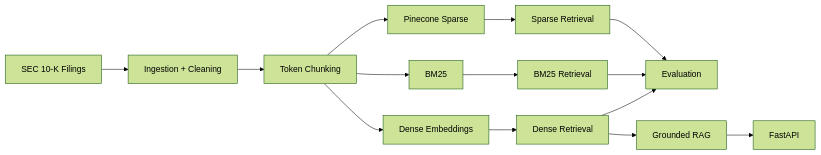
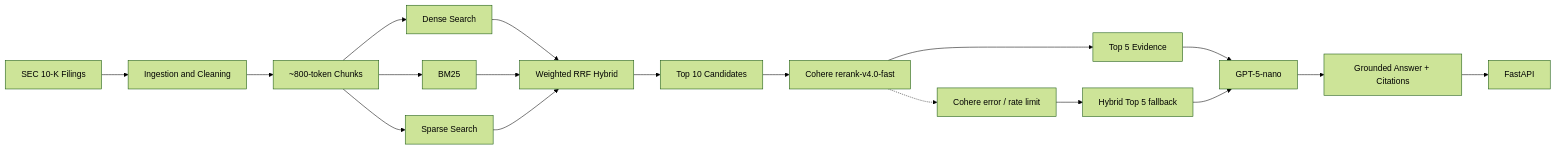
Before and after one commit to Rishi-creator-11/sec-rag-engine: the first of 2 diagrams in README.md, drawn with Mermaid (forest theme). The commit also changed other lines of this file and 18 other files, not shown here.

Commit message:
Finalize production-oriented SEC RAG pipeline

````diff
--- a/README.md
+++ b/README.md
@@ -7,20 +19,20 @@
 ```mermaid
 flowchart LR
-    A[SEC 10-K Filings] --> B[Ingestion + Cleaning]
-    B --> C[Token Chunking]
-
-    C --> D[Dense Embeddings]
+    A[SEC 10-K Filings] --> B[Ingestion and Cleaning]
+    B --> C["~800-token Chunks"]
+    C --> D[Dense Search]
     C --> E[BM25]
-    C --> F[Pinecone Sparse]
-
-    D --> G[Dense Retrieval]
-    E --> H[BM25 Retrieval]
-    F --> I[Sparse Retrieval]
-
-    G --> J[Evaluation]
-    H --> J
-    I --> J
-
-    G --> K[Grounded RAG]
-    K --> L[FastAPI]
+    C --> F[Sparse Search]
+    D --> G[Weighted RRF Hybrid]
+    E --> G
+    F --> G
+    G --> H[Top 10 Candidates]
+    H --> I[Cohere rerank-v4.0-fast]
+    I --> J[Top 5 Evidence]
+    J --> K[GPT-5-nano]
+    K --> L[Grounded Answer + Citations]
+    L --> M[FastAPI]
+    I -.-> N[Cohere error / rate limit]
+    N --> O[Hybrid Top 5 fallback]
+    O --> K
 ```
````
